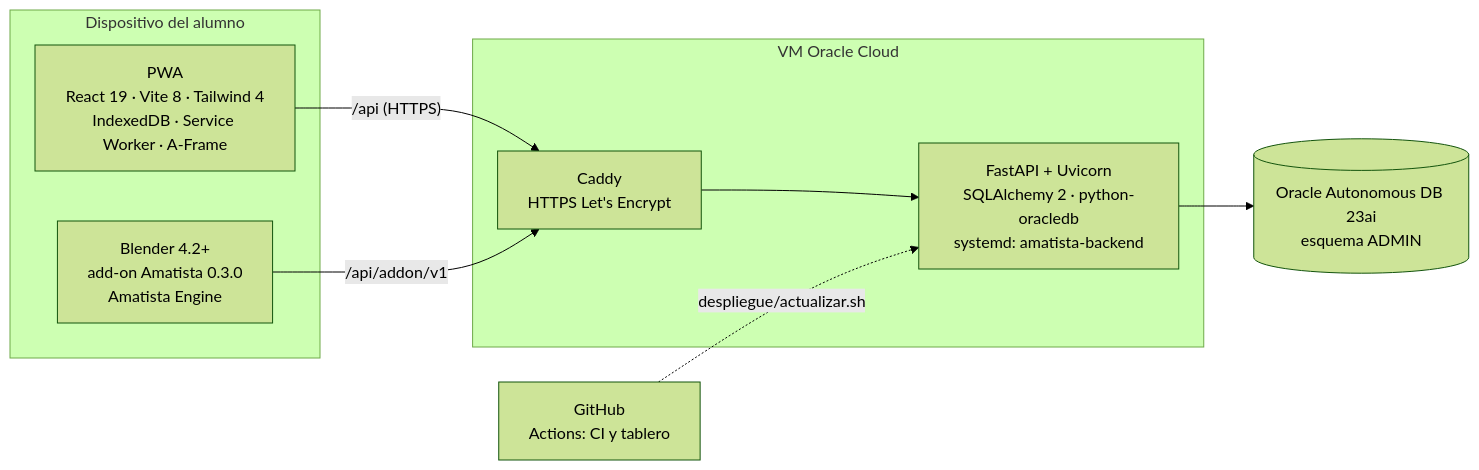
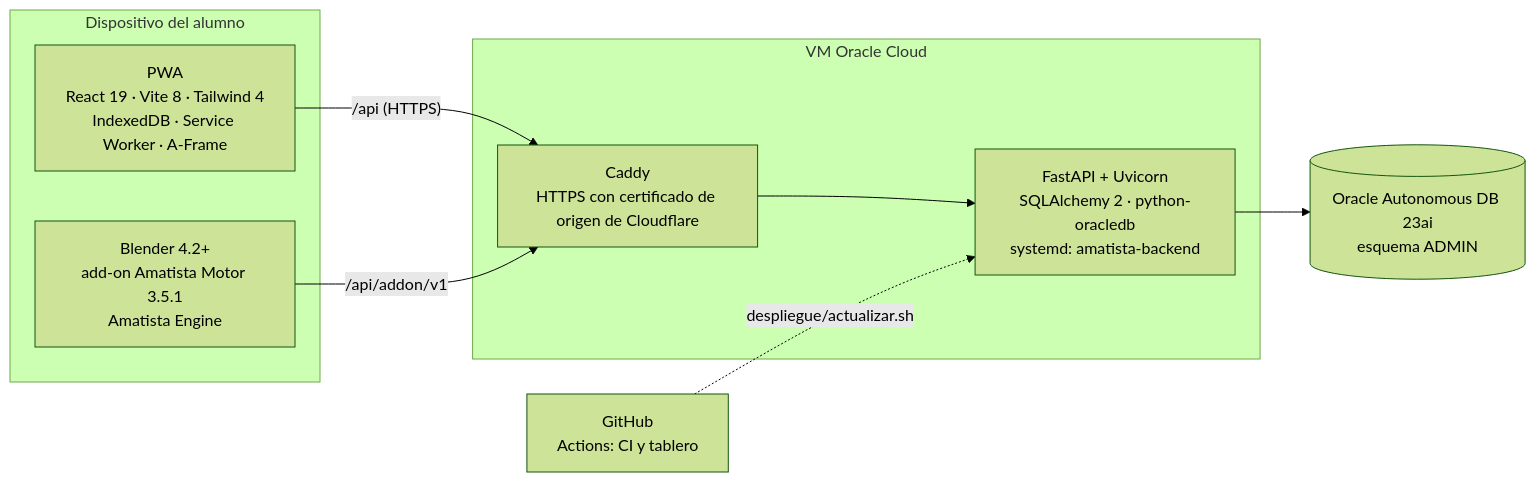
Before and after one commit to Maximiliano-cabello-mata/amatista: the diagram in docs/herramientas-de-la-plataforma.md, drawn with Mermaid (forest theme). The commit also changed other lines of this file and 38 other files, not shown here.

````diff
--- a/docs/herramientas-de-la-plataforma.md
+++ b/docs/herramientas-de-la-plataforma.md
@@ -21,17 +21,17 @@
 ```mermaid
 flowchart LR
   subgraph Dispositivo del alumno
     PWA["PWA<br/>React 19 · Vite 8 · Tailwind 4<br/>IndexedDB · Service Worker · A-Frame"]
-    BL["Blender 4.2+<br/>add-on Amatista 0.3.0<br/>Amatista Engine"]
+    BL["Blender 4.2+<br/>add-on Amatista Motor 3.5.1<br/>Amatista Engine"]
   end
   subgraph VM Oracle Cloud
-    CADDY["Caddy<br/>HTTPS Let's Encrypt"]
+    CADDY["Caddy<br/>HTTPS con certificado de origen de Cloudflare"]
     API["FastAPI + Uvicorn<br/>SQLAlchemy 2 · python-oracledb<br/>systemd: amatista-backend"]
   end
   DB[("Oracle Autonomous DB 23ai<br/>esquema ADMIN")]
   GH["GitHub<br/>Actions: CI y tablero"]
   PWA -- "/api (HTTPS)" --> CADDY
   BL -- "/api/addon/v1" --> CADDY
   CADDY --> API --> DB
   GH -. "despliegue/actualizar.sh" .-> API
 ```
````
